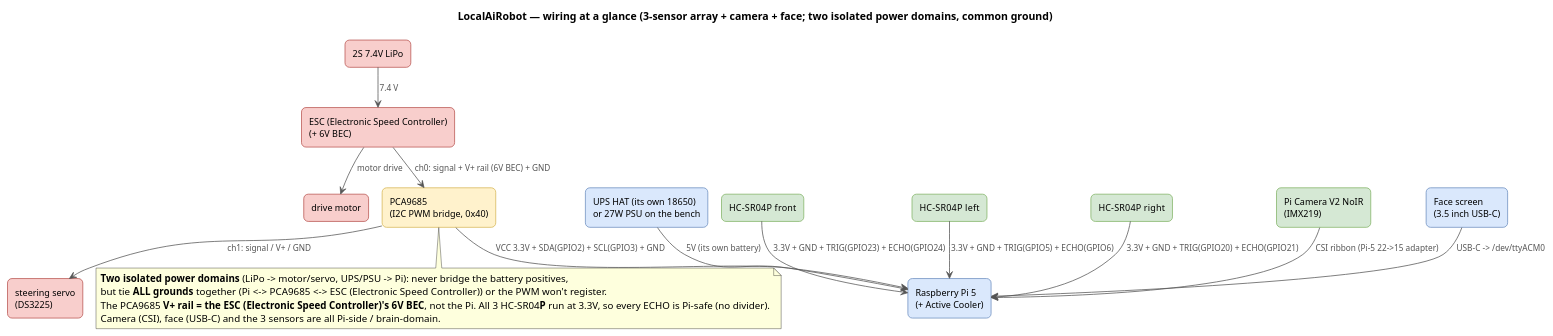
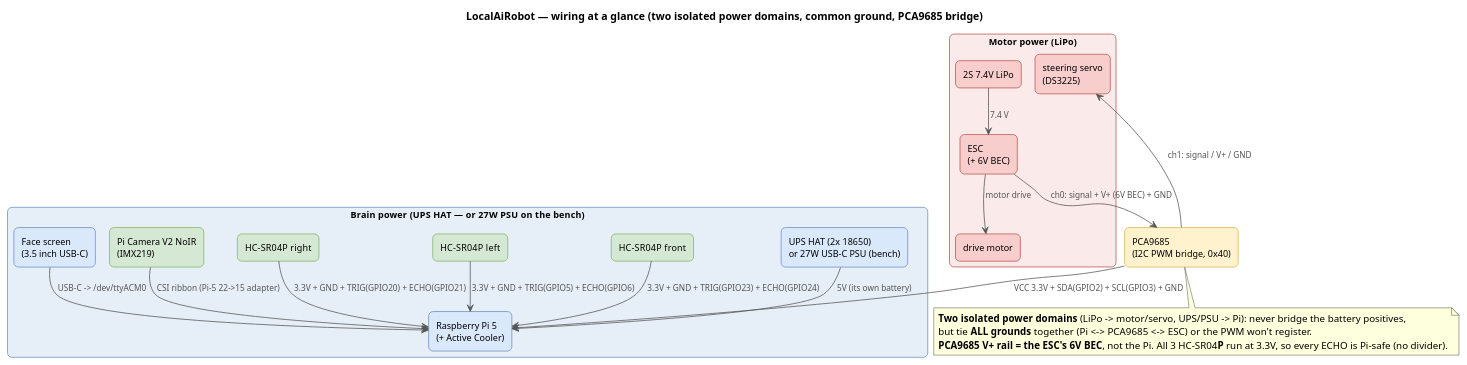
Before and after one commit to shen747/LocalAiRobot: the diagram in docs/images/wiring.puml, drawn with PlantUML. The commit also changed 7 other files, not shown here.

Commit message:
updated diagrams

```diff
--- a/docs/images/wiring.puml
+++ b/docs/images/wiring.puml
@@ -1,75 +1,77 @@
 @startuml wiring
-' LocalAiRobot — "Wiring at a glance" connection map (full design: 3 sensors + camera + face).
+' LocalAiRobot — "Wiring at a glance" connection map (3 sensors + camera + face, two power domains).
 ' This source lives next to its render. Regenerate in place (writes wiring.png here):
 '   plantuml -tpng docs/images/wiring.puml
 ' No Graphviz needed: !pragma layout smetana uses PlantUML's pure-Java layout engine.
-' Palette via stereotypes (draw.io pastels), hidden with `hide stereotype`:
-'   io #DAE8FC/#6C8EBF = compute / power-in   model #FFF2CC/#D6B656 = PWM bridge
-'   data #D5E8D4/#82B366 = sensor / camera     motor #F8CECC/#B85450 = motor / actuator
-'   store #F5F5F5/#666666 = note / bus
+' Same grouped style as assembly.puml: two labelled power domains + a PCA9685 bridge + one note.
 !pragma layout smetana
 hide stereotype
-title LocalAiRobot — wiring at a glance (3-sensor array + camera + face; two isolated power domains, common ground)
+title LocalAiRobot — wiring at a glance (two isolated power domains, common ground, PCA9685 bridge)
 
 skinparam backgroundColor white
 skinparam shadowing false
 skinparam defaultFontName Helvetica
 skinparam ArrowColor #555555
 skinparam ArrowFontColor #555555
 skinparam ArrowFontSize 11
 skinparam rectangle {
   RoundCorner 12
   FontSize 12
   BorderThickness 1
   BackgroundColor<<io>> #DAE8FC
   BorderColor<<io>> #6C8EBF
   BackgroundColor<<model>> #FFF2CC
   BorderColor<<model>> #D6B656
   BackgroundColor<<data>> #D5E8D4
   BorderColor<<data>> #82B366
   BackgroundColor<<motor>> #F8CECC
   BorderColor<<motor>> #B85450
   BackgroundColor<<store>> #F5F5F5
   BorderColor<<store>> #666666
+  BackgroundColor<<motordomain>> #FBEAEA
+  BorderColor<<motordomain>> #B85450
+  BackgroundColor<<braindomain>> #E6EEF8
+  BorderColor<<braindomain>> #6C8EBF
 }
 
-' ---- motor / LiPo domain ----
-rectangle "2S 7.4V LiPo" as lipo <<motor>>
-rectangle "ESC (Electronic Speed Controller)\n(+ 6V BEC)" as esc <<motor>>
-rectangle "drive motor" as motor <<motor>>
-rectangle "steering servo\n(DS3225)" as servo <<motor>>
+' ---- motor / LiPo domain (high current; the steering servo's power lives here too) ----
+rectangle "Motor power  (LiPo)" as motorbox <<motordomain>> {
+  rectangle "2S 7.4V LiPo" as lipo <<motor>>
+  rectangle "ESC\n(+ 6V BEC)" as esc <<motor>>
+  rectangle "drive motor" as motor <<motor>>
+  rectangle "steering servo\n(DS3225)" as servo <<motor>>
+}
 
-' ---- PWM bridge ----
+' ---- brain / UPS domain (the Pi and everything it drives directly) ----
+rectangle "Brain power  (UPS HAT  —  or 27W PSU on the bench)" as brainbox <<braindomain>> {
+  rectangle "Raspberry Pi 5\n(+ Active Cooler)" as pi <<io>>
+  rectangle "UPS HAT (2x 18650)\nor 27W USB-C PSU (bench)" as ups <<io>>
+  rectangle "HC-SR04P  front" as sonF <<data>>
+  rectangle "HC-SR04P  left" as sonL <<data>>
+  rectangle "HC-SR04P  right" as sonR <<data>>
+  rectangle "Pi Camera V2 NoIR\n(IMX219)" as cam <<data>>
+  rectangle "Face screen\n(3.5 inch USB-C)" as face <<io>>
+}
+
+' ---- PWM bridge that straddles the two domains ----
 rectangle "PCA9685\n(I2C PWM bridge, 0x40)" as pca <<model>>
 
-' ---- brain / UPS domain ----
-rectangle "Raspberry Pi 5\n(+ Active Cooler)" as pi <<io>>
-rectangle "UPS HAT (its own 18650)\nor 27W PSU on the bench" as ups <<io>>
-
-' ---- sensors / camera / face (all Pi-side, brain domain) ----
-rectangle "HC-SR04P  front" as sonF <<data>>
-rectangle "HC-SR04P  left" as sonL <<data>>
-rectangle "HC-SR04P  right" as sonR <<data>>
-rectangle "Pi Camera V2 NoIR\n(IMX219)" as cam <<data>>
-rectangle "Face screen\n(3.5 inch USB-C)" as face <<io>>
-
-' ---- connections (labels = what's on the wire) ----
+' ---- connections (each label = what's on that wire) ----
 lipo --> esc : 7.4 V
 esc --> motor : motor drive
-esc --> pca : ch0: signal + V+ rail (6V BEC) + GND
+esc --> pca : ch0: signal + V+ (6V BEC) + GND
 pca --> servo : ch1: signal / V+ / GND
 pca --> pi : VCC 3.3V + SDA(GPIO2) + SCL(GPIO3) + GND
+ups --> pi : 5V (its own battery)
 sonF --> pi : 3.3V + GND + TRIG(GPIO23) + ECHO(GPIO24)
 sonL --> pi : 3.3V + GND + TRIG(GPIO5) + ECHO(GPIO6)
 sonR --> pi : 3.3V + GND + TRIG(GPIO20) + ECHO(GPIO21)
 cam --> pi : CSI ribbon (Pi-5 22->15 adapter)
 face --> pi : USB-C -> /dev/ttyACM0
-ups --> pi : 5V (its own battery)
 
 note bottom of pca
   **Two isolated power domains** (LiPo -> motor/servo, UPS/PSU -> Pi): never bridge the battery positives,
-  but tie **ALL grounds** together (Pi <-> PCA9685 <-> ESC (Electronic Speed Controller)) or the PWM won't register.
-  The PCA9685 **V+ rail = the ESC (Electronic Speed Controller)'s 6V BEC**, not the Pi. All 3 HC-SR04**P** run at 3.3V, so every ECHO is Pi-safe (no divider).
-  Camera (CSI), face (USB-C) and the 3 sensors are all Pi-side / brain-domain.
+  but tie **ALL grounds** together (Pi <-> PCA9685 <-> ESC) or the PWM won't register.
+  **PCA9685 V+ rail = the ESC's 6V BEC**, not the Pi. All 3 HC-SR04**P** run at 3.3V, so every ECHO is Pi-safe (no divider).
 end note
 @enduml
```
